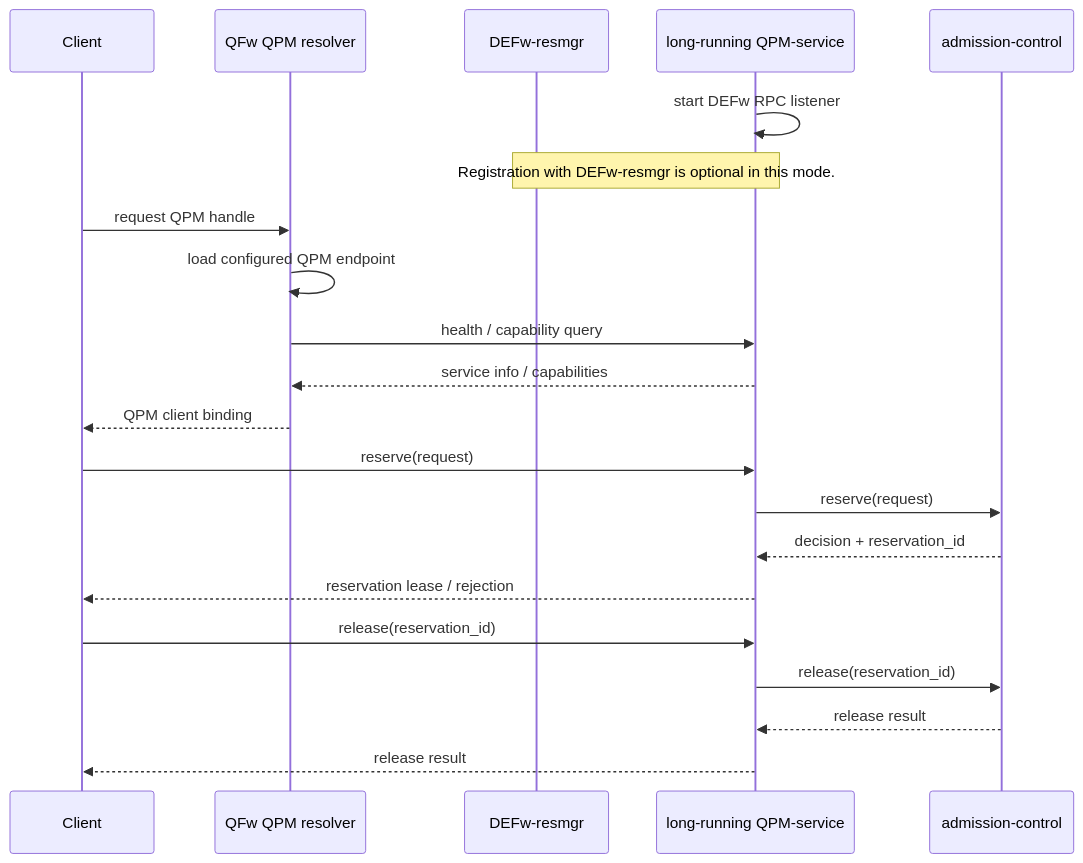
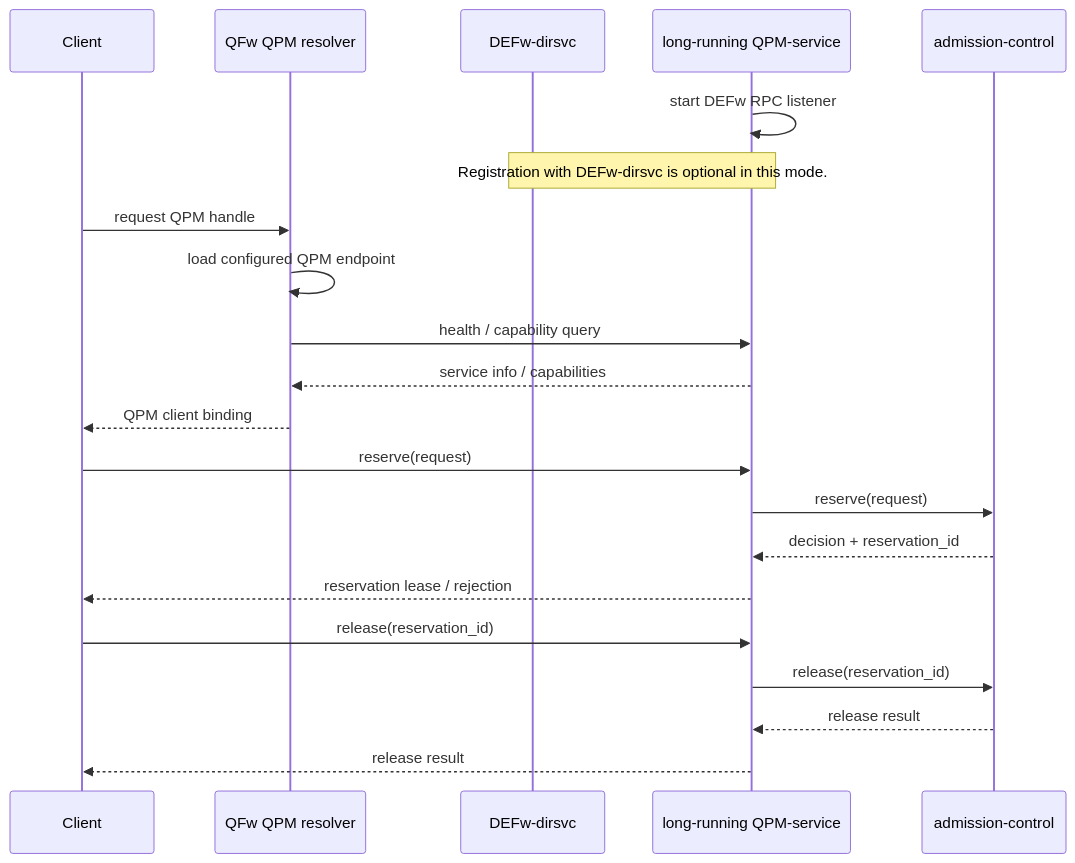
One commit to openQSE/QFw changed the second of 2 diagrams in docs/requirements.md. Above: the diagram before and after it, drawn with Mermaid. The commit also changed other lines of this file and 19 other files, not shown here.

````diff
--- a/docs/requirements.md
+++ b/docs/requirements.md
@@ -65,27 +65,27 @@
 ```mermaid
 sequenceDiagram
     participant Client
     participant Resolver as QFw QPM resolver
-    participant ResMgr as DEFw-resmgr
+    participant DirSvc as DEFw-dirsvc
     participant QPM as long-running QPM-service
     participant Admission as admission-control
 
     QPM->>QPM: start DEFw RPC listener
-    Note over QPM,ResMgr: Registration with DEFw-resmgr is optional in this mode.
+    Note over QPM,DirSvc: Registration with DEFw-dirsvc is optional in this mode.
 
     Client->>Resolver: request QPM handle
     Resolver->>Resolver: load configured QPM endpoint
     Resolver->>QPM: health / capability query
     QPM-->>Resolver: service info / capabilities
     Resolver-->>Client: QPM client binding
 
     Client->>QPM: reserve(request)
     QPM->>Admission: reserve(request)
     Admission-->>QPM: decision + reservation_id
     QPM-->>Client: reservation lease / rejection
 
     Client->>QPM: release(reservation_id)
     QPM->>Admission: release(reservation_id)
     Admission-->>QPM: release result
     QPM-->>Client: release result
 ```
````
